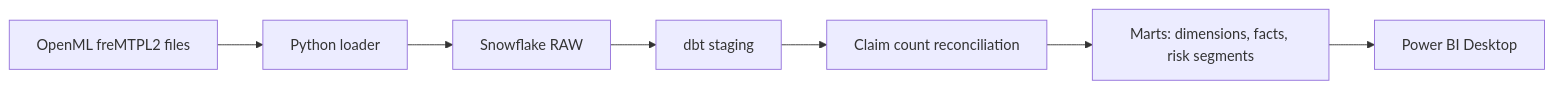
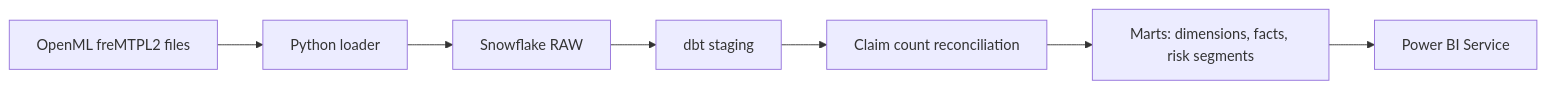
One commit to ccaammiilloo/insurance-claims-analytics-snowflake-dbt changed the diagram in README.md. Above: the diagram before and after it, drawn with Mermaid. The commit also changed other lines of this file and 14 other files, not shown here.

First line of the commit message:
Add Power BI Service report screenshots and replace the README placeholder.

````diff
--- a/README.md
+++ b/README.md
@@ -11,9 +11,9 @@
 ```mermaid
 flowchart LR
   A[OpenML freMTPL2 files] --> B[Python loader]
   B --> C[Snowflake RAW]
   C --> D[dbt staging]
   D --> E[Claim count reconciliation]
   E --> F[Marts: dimensions, facts, risk segments]
-  F --> G[Power BI Desktop]
+  F --> G[Power BI Service]
 ```
````
